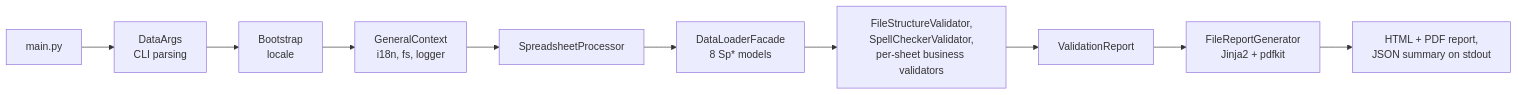
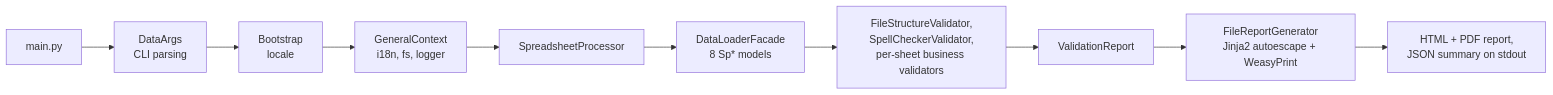
Before and after one commit to MarioCarvalhoBr/data_validate: the diagram in README.md, drawn with Mermaid. The commit also changed other lines of this file and 36 other files, not shown here.

Commit message:
feat(report): SEC-001 autoescape with template loops, ARC-016 ReportModel, SEC-002 WeasyPrint pdf extra, DOC-004 english docstrings

````diff
--- a/README.md
+++ b/README.md
@@ -158,12 +163,12 @@
 ```mermaid
 flowchart LR
   A[main.py] --> B[DataArgs<br/>CLI parsing]
   B --> C[Bootstrap<br/>locale]
   C --> D[GeneralContext<br/>i18n, fs, logger]
   D --> E[SpreadsheetProcessor]
   E --> E1[DataLoaderFacade<br/>8 Sp* models]
   E1 --> E2[FileStructureValidator,<br/>SpellCheckerValidator,<br/>per-sheet business validators]
   E2 --> F[ValidationReport]
-  F --> G[FileReportGenerator<br/>Jinja2 + pdfkit]
+  F --> G[FileReportGenerator<br/>Jinja2 autoescape + WeasyPrint]
   G --> H[HTML + PDF report,<br/>JSON summary on stdout]
 ```
````
